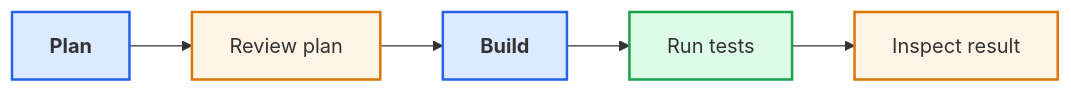
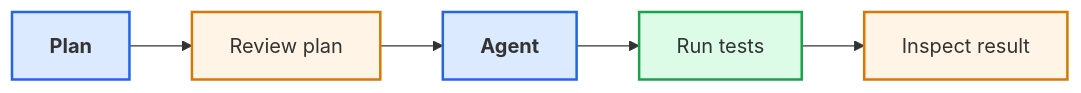
One commit to OxfordRSE/softeng-ai-daycourse changed the first of 2 diagrams in pages/04-testing.md. Above: the diagram before and after it, drawn with Mermaid. The commit also changed other lines of this file and 5 other files, not shown here.

````diff
--- a/pages/04-testing.md
+++ b/pages/04-testing.md
@@ -410,13 +402,13 @@
 ```mermaid
 flowchart LR
     P["<b>Plan</b>"] --> R["Review plan"]
-    R --> B["<b>Build</b>"]
+    R --> B["<b>Agent</b>"]
     B --> T["Run tests"]
     T --> I["Inspect result"]
 
     style P fill:#dbeafe,stroke:#2563eb,stroke-width:2px
     style R fill:#fff4e5,stroke:#d97706,stroke-width:2px
     style B fill:#dbeafe,stroke:#2563eb,stroke-width:2px
     style T fill:#dcfce7,stroke:#16a34a,stroke-width:2px
     style I fill:#fff4e5,stroke:#d97706,stroke-width:2px
 ```
````
